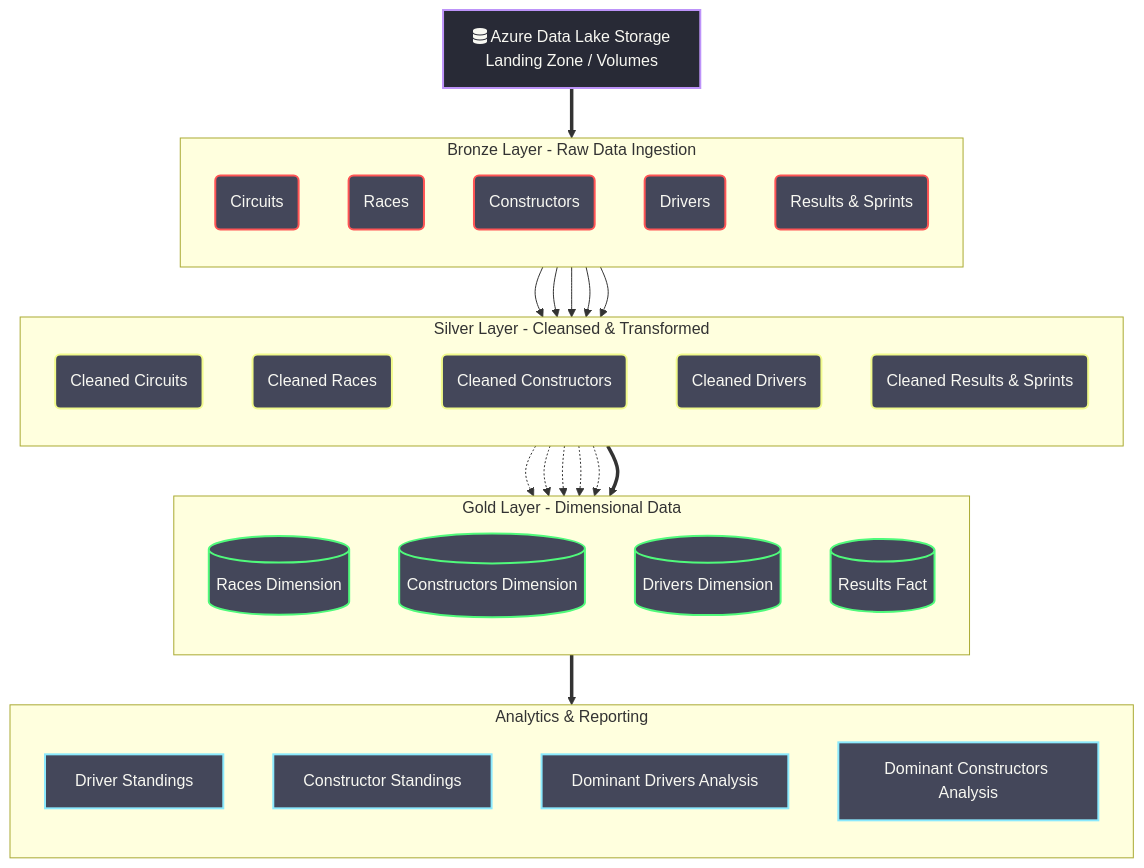
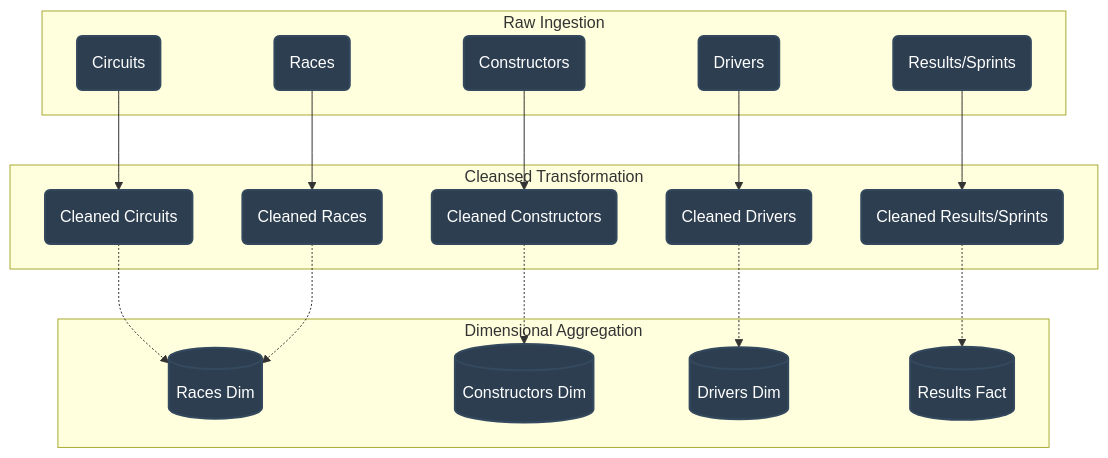
One commit to Ganateja19/Formula1-Project changed the second of 2 diagrams in README.md. Above: the diagram before and after it, drawn with Mermaid. The commit also changed other lines of this file, not shown here.

Commit message:
Revamp README design and update architecture diagrams for better readability

````diff
--- a/README.md
+++ b/README.md
@@ -11,67 +46,41 @@
 ```mermaid
 flowchart TD
-    %% Define Styles
-    classDef storage fill:#282a36,stroke:#bd93f9,stroke-width:2px,color:#f8f8f2;
-    classDef bronze fill:#44475a,stroke:#ff5555,stroke-width:2px,color:#f8f8f2;
-    classDef silver fill:#44475a,stroke:#f1fa8c,stroke-width:2px,color:#f8f8f2;
-    classDef gold fill:#44475a,stroke:#50fa7b,stroke-width:2px,color:#f8f8f2;
-    classDef analytics fill:#44475a,stroke:#8be9fd,stroke-width:2px,color:#f8f8f2;
+    %% Lineage Styles
+    classDef default fill:#2c3e50,stroke:#34495e,stroke-width:2px,color:#fff;
+    classDef highlight fill:#e74c3c,stroke:#c0392b,stroke-width:2px,color:#fff;
 
-    %% Data Sources
-    A[fa:fa-database Azure Data Lake Storage<br>Landing Zone / Volumes]:::storage
-
-    %% Ingestion
-    subgraph Bronze [Bronze Layer - Raw Data Ingestion]
-        direction TB
-        B1(Circuits):::bronze
-        B2(Races):::bronze
-        B3(Constructors):::bronze
-        B4(Drivers):::bronze
-        B5(Results & Sprints):::bronze
+    subgraph Bronze [Raw Ingestion]
+        B1(Circuits)
+        B2(Races)
+        B3(Constructors)
+        B4(Drivers)
+        B5(Results/Sprints)
     end
 
-    %% Transformation
-    subgraph Silver [Silver Layer - Cleansed & Transformed]
-        direction TB
-        S1(Cleaned Circuits):::silver
-        S2(Cleaned Races):::silver
-        S3(Cleaned Constructors):::silver
-        S4(Cleaned Drivers):::silver
-        S5(Cleaned Results & Sprints):::silver
+    subgraph Silver [Cleansed Transformation]
+        S1(Cleaned Circuits)
+        S2(Cleaned Races)
+        S3(Cleaned Constructors)
+        S4(Cleaned Drivers)
+        S5(Cleaned Results/Sprints)
     end
 
-    %% Aggregation
-    subgraph Gold [Gold Layer - Dimensional Data]
-        direction TB
-        G1[(Races Dimension)]:::gold
-        G2[(Constructors Dimension)]:::gold
-        G3[(Drivers Dimension)]:::gold
-        G4[(Results Fact)]:::gold
+    subgraph Gold [Dimensional Aggregation]
+        G1[(Races Dim)]
+        G2[(Constructors Dim)]
+        G3[(Drivers Dim)]
+        G4[(Results Fact)]
     end
 
-    %% Analytics
-    subgraph Analytics [Analytics & Reporting]
-        direction TB
-        An1[Driver Standings]:::analytics
-        An2[Constructor Standings]:::analytics
-        An3[Dominant Drivers Analysis]:::analytics
-        An4[Dominant Constructors Analysis]:::analytics
-    end
-
-    A ==> Bronze
     B1 --> S1
     B2 --> S2
     B3 --> S3
     B4 --> S4
     B5 --> S5
 
-    Silver ==> Gold
-    
     S1 -.-> G1
     S2 -.-> G1
     S3 -.-> G2
     S4 -.-> G3
     S5 -.-> G4
-
-    Gold ==> Analytics
 ```
````
